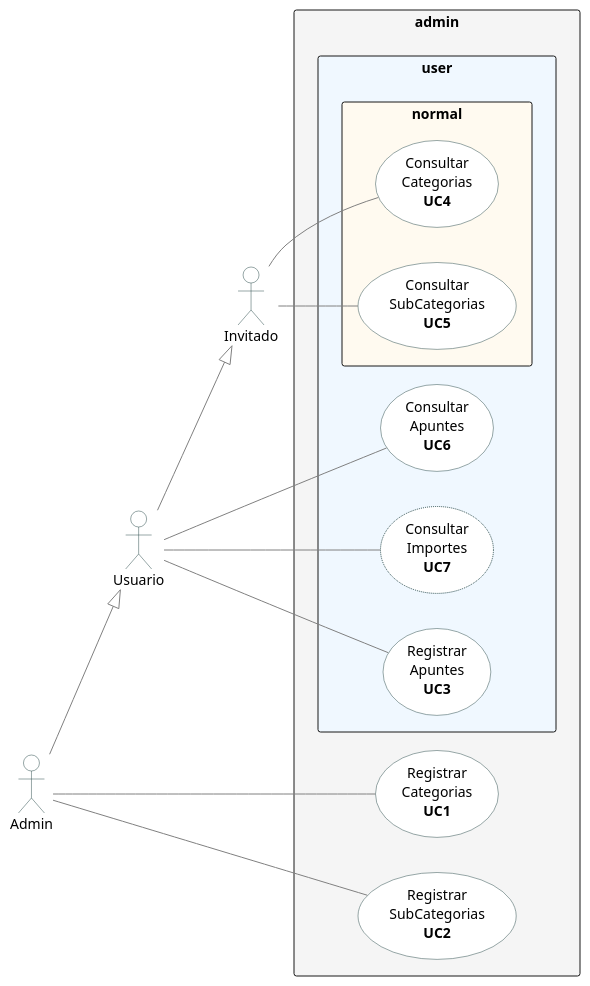
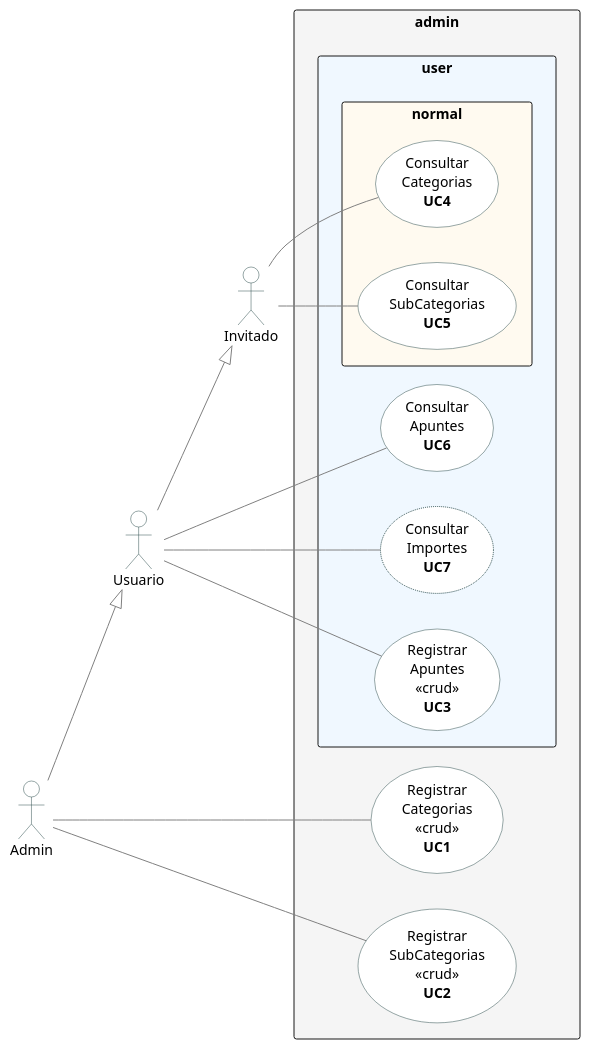
The first of 2 diagrams in ejemplos/control_gastos.md (srlopez/RUP), drawn with PlantUML before and after one commit. The commit also changed other lines of this file, not shown here.

````diff
--- a/ejemplos/control_gastos.md
+++ b/ejemplos/control_gastos.md
@@ -28,54 +28,54 @@
 ```plantuml
 @startuml
 hide stereotype
 
 skinparam usecase {
   BackgroundColor White
   BorderColor DarkSlateGray
   ArrowColor Grey
   
   BorderThickness<<beta>> 1
   BorderStyle<<beta>> dotted
   'BackgroundColor<<beta>> #FFE
   'BorderColor<<beta>> Red
 }
 skinparam actor {
   BackgroundColor White
   BorderColor DarkSlateGray
   ArrowColor Grey
 }
 skinparam note {
   BackgroundColor White
   BorderColor DarkSlateGray
 }
 
 left to right direction
 'top to bottom direction
 :Invitado: as n
 :Usuario: as u
 :Admin: as a
 
 rectangle admin #WhiteSmoke {
     rectangle user #AliceBlue{
         rectangle normal #FloralWhite {
             (Consultar\nCategorias\n<b>UC4</b>) as uc4 
             (Consultar\nSubCategorias\n<b>UC5</b>) as uc5 
         } 
         (Consultar\nApuntes\n<b>UC6</b>) as uc6 
         (Consultar\nImportes\n<b>UC7</b>) as uc7<<beta>>
-        (Registrar\nApuntes\n<b>UC3</b>) as uc3 
+        (Registrar\nApuntes\n«crud»\n<b>UC3</b>) as uc3 
     }
-    (Registrar\nCategorias\n<b>UC1</b>) as uc1 
-    (Registrar\nSubCategorias\n<b>UC2</b>) as uc2 
+    (Registrar\nCategorias\n«crud»\n<b>UC1</b>) as uc1
+    (Registrar\nSubCategorias\n«crud»\n<b>UC2</b>) as uc2 
 }
 a -- uc2
 a -- uc1
 u -- uc6
 u -- uc3
 u -- uc7
 n -- uc4
 n -- uc5
 u -d-|> n
 a -d-|> u
 @enduml
 ```
````
